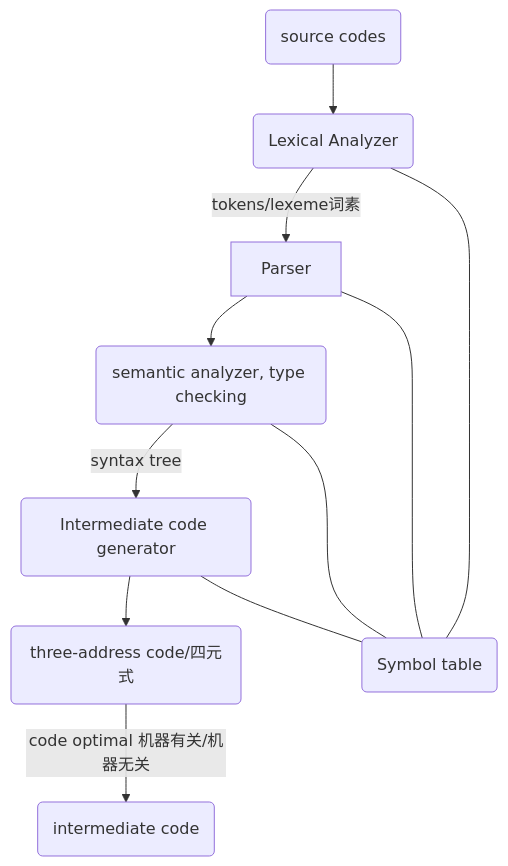
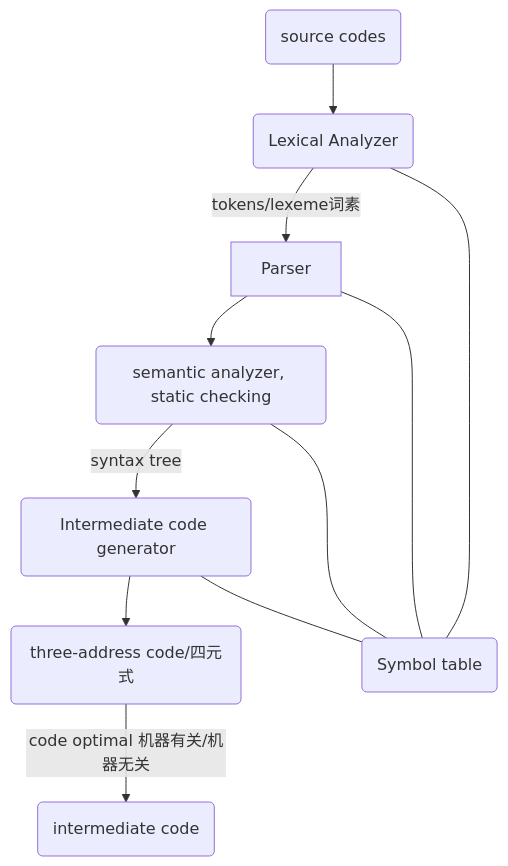
One commit to DCMMC/Notes changed the second of 2 diagrams in 编译原理学习笔记.md. Above: the diagram before and after it, drawn with Mermaid.

Commit message:
修改文件: 编译原理学习笔记.md

````diff
--- a/编译原理学习笔记.md
+++ b/编译原理学习笔记.md
@@ -60,13 +60,13 @@
 ```mermaid!
 graph TD;
 	id0(source codes)-->id1(Lexical Analyzer);
 	id1(Lexical Analyzer)-- tokens/lexeme词素 -->Parser;
-	Parser-->id6(semantic analyzer, type checking);
+	Parser-->id6(semantic analyzer, static checking);
 	id6-- syntax tree -->id2(Intermediate code generator);
 	id2--> id3(three-address code/四元式);
 	id1---id4(Symbol table);
 	Parser---id4;
 	id2---id4;
 	id6---id4;
 	id3-- code optimal 机器有关/机器无关 --> id5(intermediate code);
 ```
````
